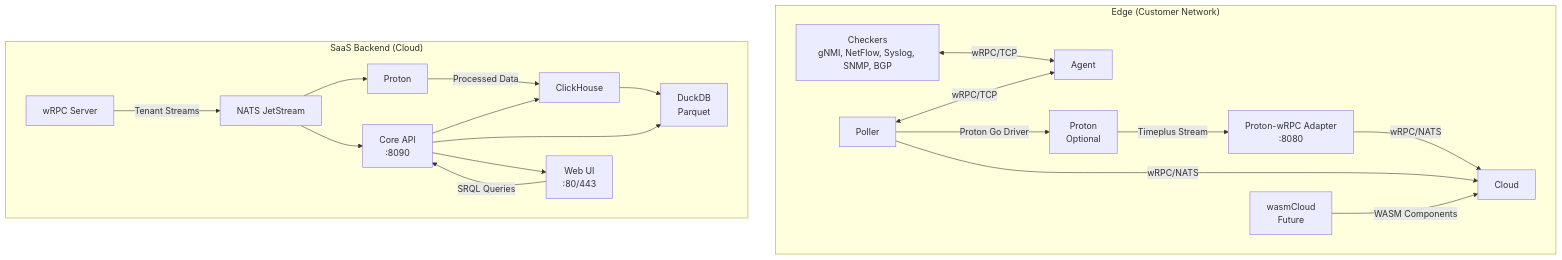
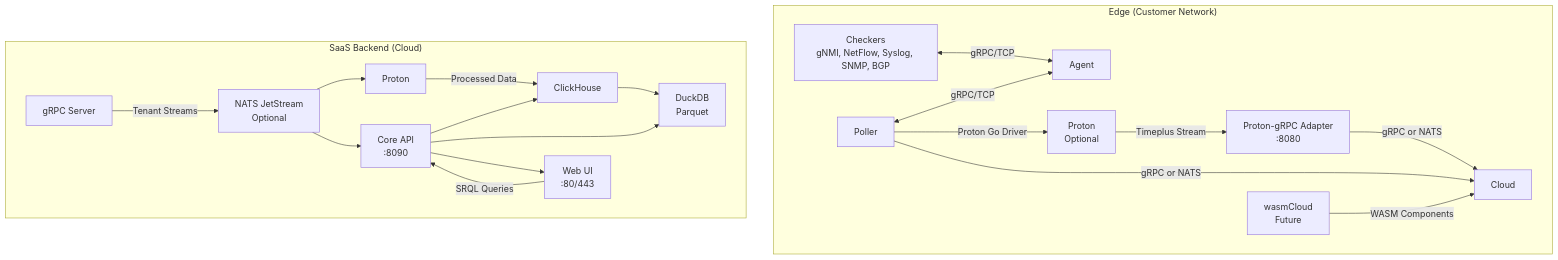
Before and after one commit to carverauto/serviceradar: the diagram in sr-architecture-and-design/prd/03-proton.md, drawn with Mermaid. The commit also changed other lines of this file, not shown here.

````diff
--- a/sr-architecture-and-design/prd/03-proton.md
+++ b/sr-architecture-and-design/prd/03-proton.md
@@ -338,23 +347,23 @@
 ```mermaid
 graph TD
     subgraph "Edge (Customer Network)"
-        Checkers[Checkers<br>gNMI, NetFlow, Syslog, SNMP, BGP] <-->|wRPC/TCP| Agent[Agent]
-        Poller[Poller] <-->|wRPC/TCP| Agent
+        Checkers[Checkers<br>gNMI, NetFlow, Syslog, SNMP, BGP] <-->|gRPC/TCP| Agent[Agent]
+        Poller[Poller] <-->|gRPC/TCP| Agent
         Poller -->|Proton Go Driver| Proton[Proton<br>Optional]
-        Proton -->|Timeplus Stream| Adapter[Proton-wRPC Adapter<br>:8080]
-        Adapter -->|wRPC/NATS| Cloud
-        Poller -->|wRPC/NATS| Cloud
+        Proton -->|Timeplus Stream| Adapter[Proton-gRPC Adapter<br>:8080]
+        Adapter -->|gRPC or NATS| Cloud
+        Poller -->|gRPC or NATS| Cloud
         wasmCloud[wasmCloud<br>Future] -->|WASM Components| Cloud
     end
     subgraph "SaaS Backend (Cloud)"
-        wRPCServer[wRPC Server] -->|Tenant Streams| NATSJetStream[NATS JetStream]
+        gRPCServer[gRPC Server] -->|Tenant Streams| NATSJetStream[NATS JetStream<br>Optional]
         NATSJetStream --> ProtonCloud[Proton]
         ProtonCloud -->|Processed Data| ClickHouse[ClickHouse]
         CoreAPI[Core API<br>:8090] --> ClickHouse
         CoreAPI --> DuckDB[DuckDB<br>Parquet]
         NATSJetStream --> CoreAPI
         CoreAPI --> WebUI[Web UI<br>:80/443]
         WebUI -->|SRQL Queries| CoreAPI
         ClickHouse --> DuckDB
     end
 ```
````
